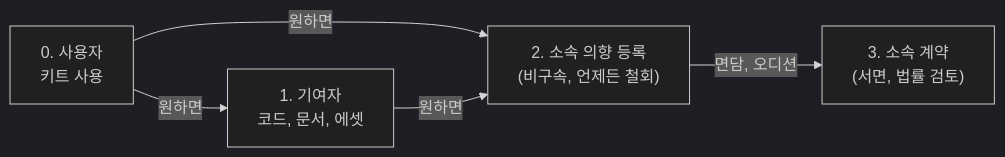
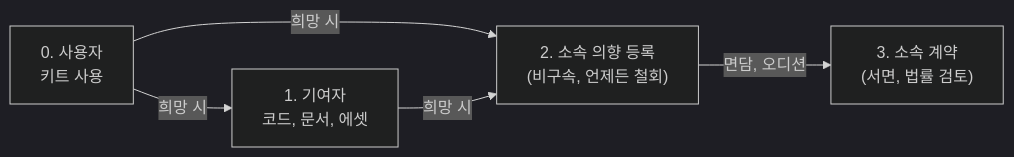
Before and after one commit to BudongJW/debutkit: the diagram in docs/MEMBERSHIP.md, drawn with Mermaid (dark theme). The commit also changed other lines of this file and 44 other files, not shown here.

````diff
--- a/docs/MEMBERSHIP.md
+++ b/docs/MEMBERSHIP.md
@@ -20,7 +20,7 @@
 ```mermaid
 flowchart LR
-    A["0. 사용자<br/>키트 사용"] -->|"원하면"| B["1. 기여자<br/>코드, 문서, 에셋"]
-    A -->|"원하면"| C["2. 소속 의향 등록<br/>(비구속, 언제든 철회)"]
-    B -->|"원하면"| C
+    A["0. 사용자<br/>키트 사용"] -->|"희망 시"| B["1. 기여자<br/>코드, 문서, 에셋"]
+    A -->|"희망 시"| C["2. 소속 의향 등록<br/>(비구속, 언제든 철회)"]
+    B -->|"희망 시"| C
     C -->|"면담, 오디션"| D["3. 소속 계약<br/>(서면, 법률 검토)"]
 ```
````
